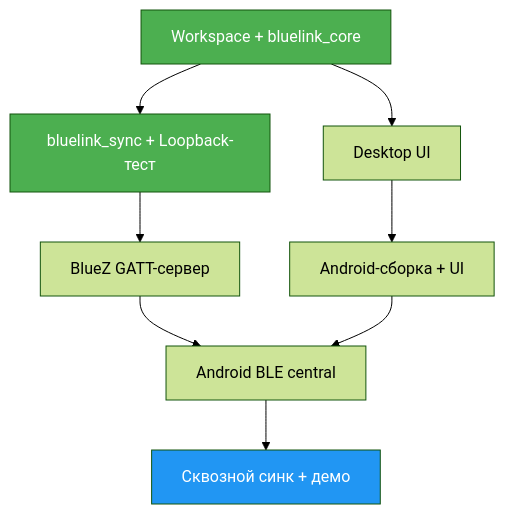
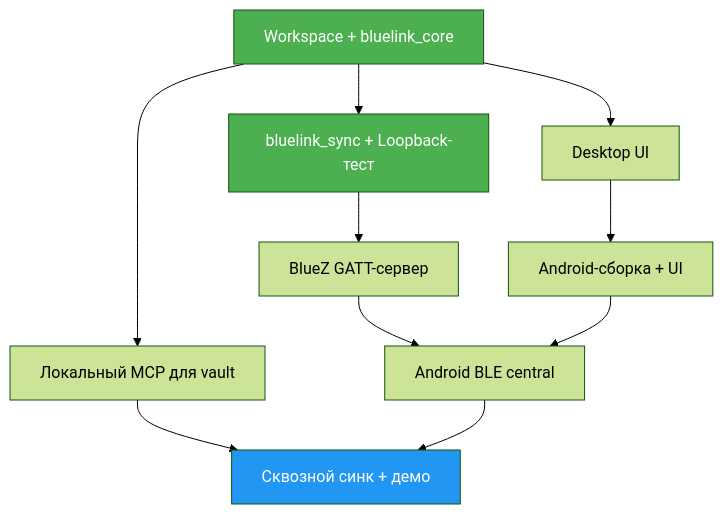
Before and after one commit to semeikhan-t/bluelink: the diagram in docs/ТЗ_BlueLink.md, drawn with Mermaid (forest theme). The commit also changed other lines of this file, not shown here.

First line of the commit message:
Add local MCP functionality for vault management and atomic note operations.

````diff
--- a/docs/ТЗ_BlueLink.md
+++ b/docs/ТЗ_BlueLink.md
@@ -411,13 +413,15 @@
 ```mermaid
 graph TD
     A["Workspace + bluelink_core"] --> B["Desktop UI"]
     A --> C["bluelink_sync + Loopback-тест"]
     C --> D["BlueZ GATT-сервер"]
     B --> E["Android-сборка + UI"]
     D --> F["Android BLE central"]
     E --> F
+    A --> H["Локальный MCP для vault"]
+    H --> G
     F --> G["Сквозной синк + демо"]
     style A fill:#4CAF50,color:#fff
     style C fill:#4CAF50,color:#fff
     style G fill:#2196F3,color:#fff
 ```
````
